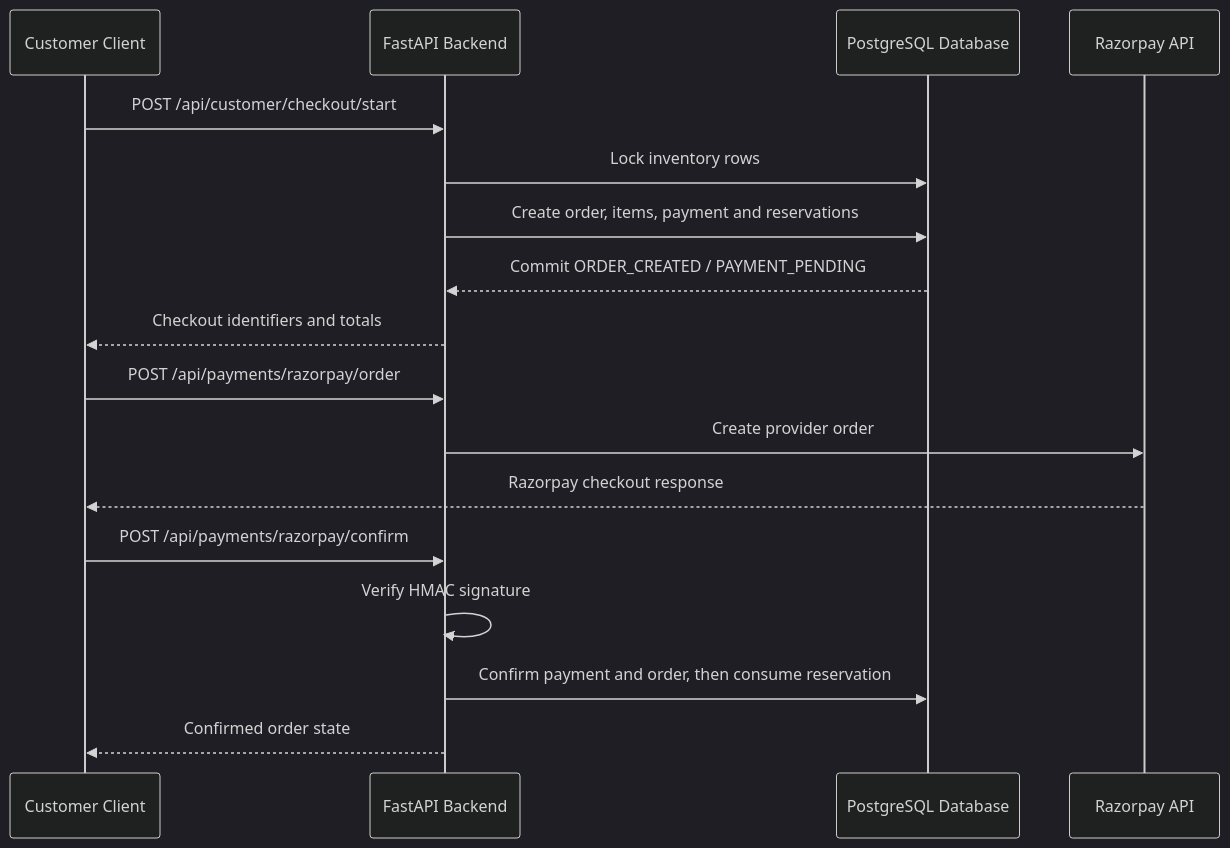
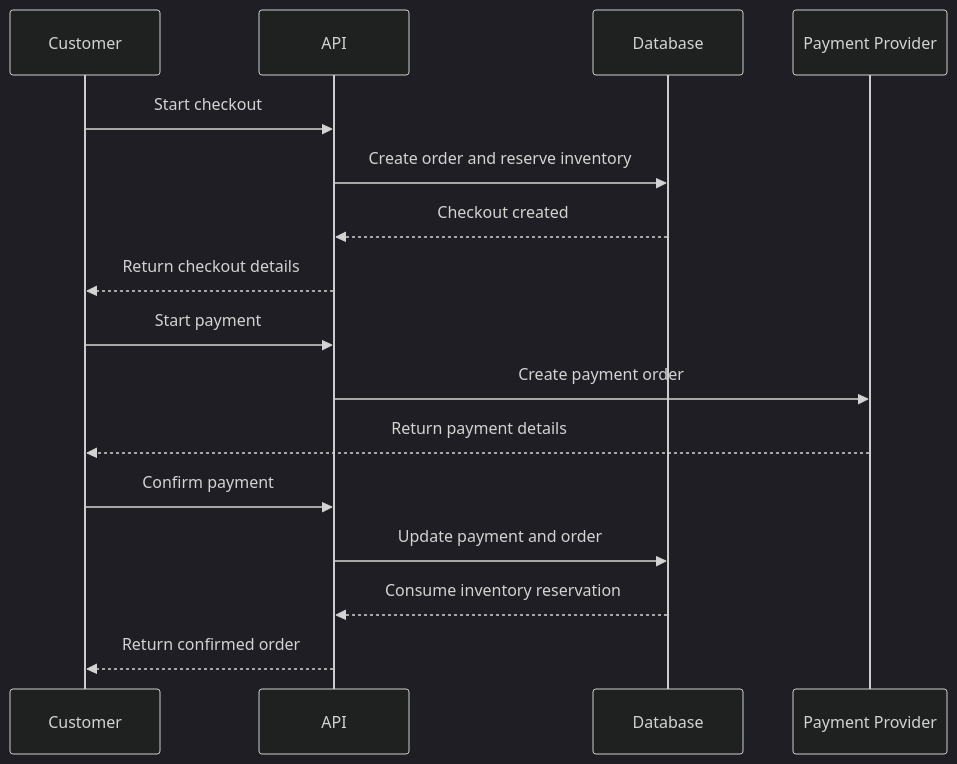
Before and after one commit to girishk03/GlobalScart: the second of 2 diagrams in README.md, drawn with Mermaid (dark theme).

Commit message:
Simplify checkout Mermaid sequence

````diff
--- a/README.md
+++ b/README.md
@@ -159,20 +159,18 @@
 ```mermaid
 sequenceDiagram
-    participant C as Customer Client
-    participant A as FastAPI Backend
-    participant D as PostgreSQL Database
-    participant P as Razorpay API
-
-    C->>A: POST /api/customer/checkout/start
-    A->>D: Lock inventory rows
-    A->>D: Create order, items, payment and reservations
-    D-->>A: Commit ORDER_CREATED / PAYMENT_PENDING
-    A-->>C: Checkout identifiers and totals
-    C->>A: POST /api/payments/razorpay/order
-    A->>P: Create provider order
-    P-->>C: Razorpay checkout response
-    C->>A: POST /api/payments/razorpay/confirm
-    A->>A: Verify HMAC signature
-    A->>D: Confirm payment and order, then consume reservation
-    A-->>C: Confirmed order state
+    participant C as Customer
+    participant A as API
+    participant D as Database
+    participant P as Payment Provider
+    C->>A: Start checkout
+    A->>D: Create order and reserve inventory
+    D-->>A: Checkout created
+    A-->>C: Return checkout details
+    C->>A: Start payment
+    A->>P: Create payment order
+    P-->>C: Return payment details
+    C->>A: Confirm payment
+    A->>D: Update payment and order
+    D-->>A: Consume inventory reservation
+    A-->>C: Return confirmed order
 ```
````
